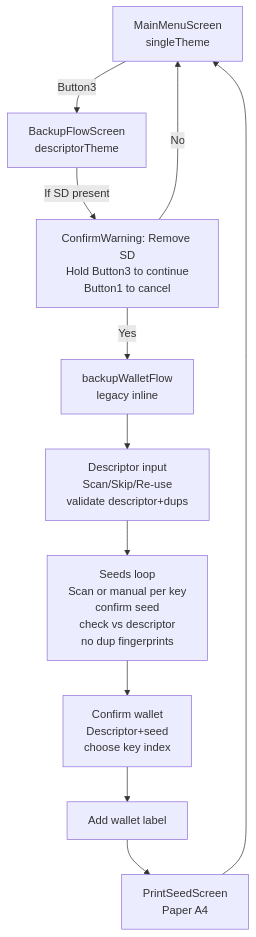
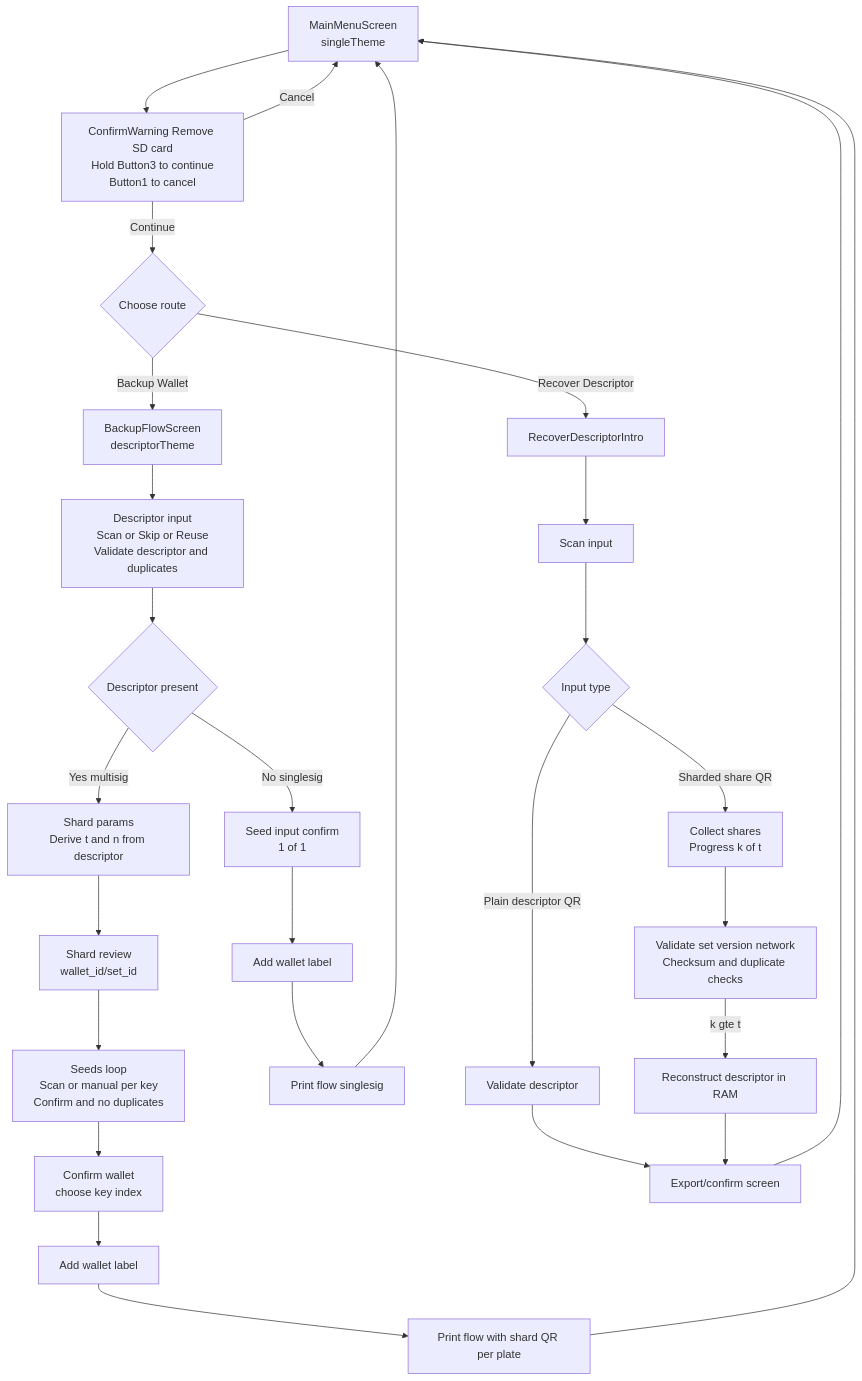
The diagram in docs/dev/gui.md (cmyk/seedetcher), drawn with Mermaid before and after one commit. The commit also changed other lines of this file and 2 other files, not shown here.

Commit message:
docs: align b0.2 flow with sharded-only multisig
- require multisig descriptor-derived t/n sharding (no presets, no legacy full mode)\n- update GUI flow for shared SD-removal gate and recovery QR actions\n- refresh implementation notes around screen state machine

````diff
--- a/docs/dev/gui.md
+++ b/docs/dev/gui.md
@@ -3,13 +3,36 @@
 ```mermaid
 flowchart TD
-    A[MainMenuScreen<br>singleTheme] -->|Button3| B[BackupFlowScreen<br>descriptorTheme]
-    B -->|If SD present| C[ConfirmWarning: Remove SD<br>Hold Button3 to continue<br>Button1 to cancel]
-    C -->|Yes| D
-    C -->|No| A
-    D[backupWalletFlow<br>legacy inline] --> E[Descriptor input<br>Scan/Skip/Re-use<br>validate descriptor+dups]
-    E --> F[Seeds loop<br>Scan or manual per key<br>confirm seed<br>check vs descriptor<br>no dup fingerprints]
-    F --> G[Confirm wallet<br>Descriptor+seed<br>choose key index]
-    G --> H[Add wallet label]
-    H --> I[PrintSeedScreen<br>Paper A4]
-    I --> A
+    A[MainMenuScreen<br>singleTheme]
+    A --> G[ConfirmWarning Remove SD card<br>Hold Button3 to continue<br>Button1 to cancel]
+
+    G -->|Continue| C{Choose route}
+    G -->|Cancel| A
+    C -->|Backup Wallet| B[BackupFlowScreen<br>descriptorTheme]
+    C -->|Recover Descriptor| R0[RecoverDescriptorIntro]
+
+    D[Descriptor input<br>Scan or Skip or Reuse<br>Validate descriptor and duplicates] --> M{Descriptor present}
+    B --> D
+    M -->|No singlesig| F1[Seed input confirm<br>1 of 1]
+    M -->|Yes multisig| S1[Shard params<br>Derive t and n from descriptor]
+    S1 --> S2[Shard review<br>wallet_id/set_id]
+    S2 --> F2
+    F2[Seeds loop<br>Scan or manual per key<br>Confirm and no duplicates] --> G1[Confirm wallet<br>choose key index]
+    G1 --> H2[Add wallet label]
+    H2 --> P2[Print flow with shard QR per plate]
+    P2 --> A
+
+    F1 --> H3[Add wallet label]
+    H3 --> P3[Print flow singlesig]
+    P3 --> A
+
+    R0 --> R1[Scan input]
+    R1 --> RX{Input type}
+    RX -->|Plain descriptor QR| R4[Validate descriptor]
+    R4 --> R6[Export/confirm screen]
+    R6 --> A
+
+    RX -->|Sharded share QR| R2[Collect shares<br>Progress k of t]
+    R2 --> R3[Validate set version network<br>Checksum and duplicate checks]
+    R3 -->|k gte t| R5[Reconstruct descriptor in RAM]
+    R5 --> R6
 ```
````
